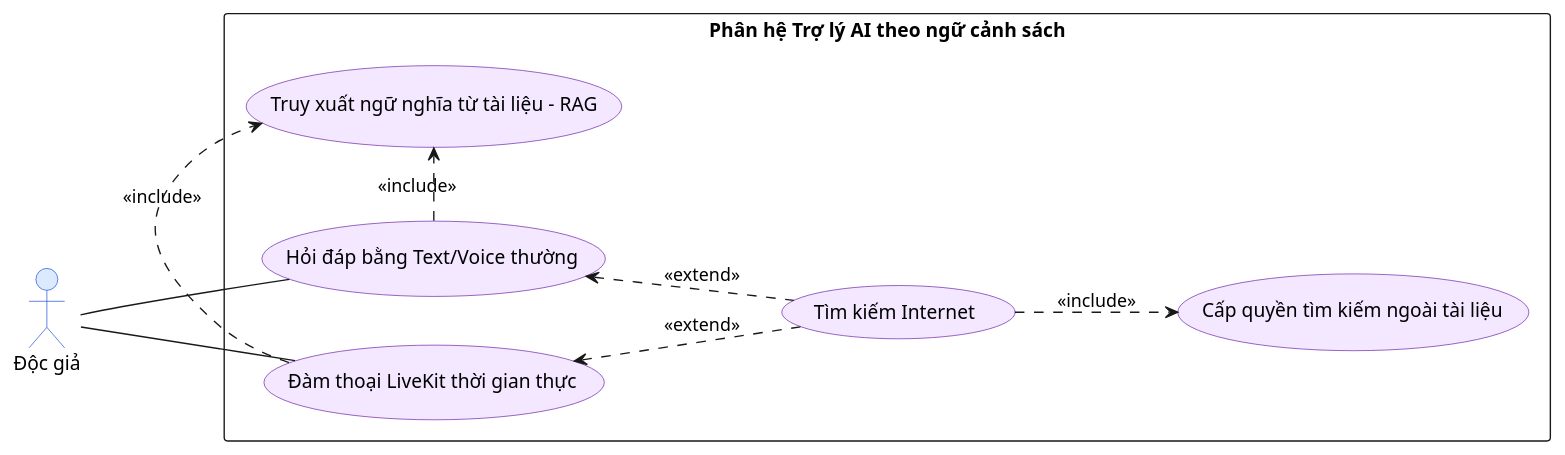
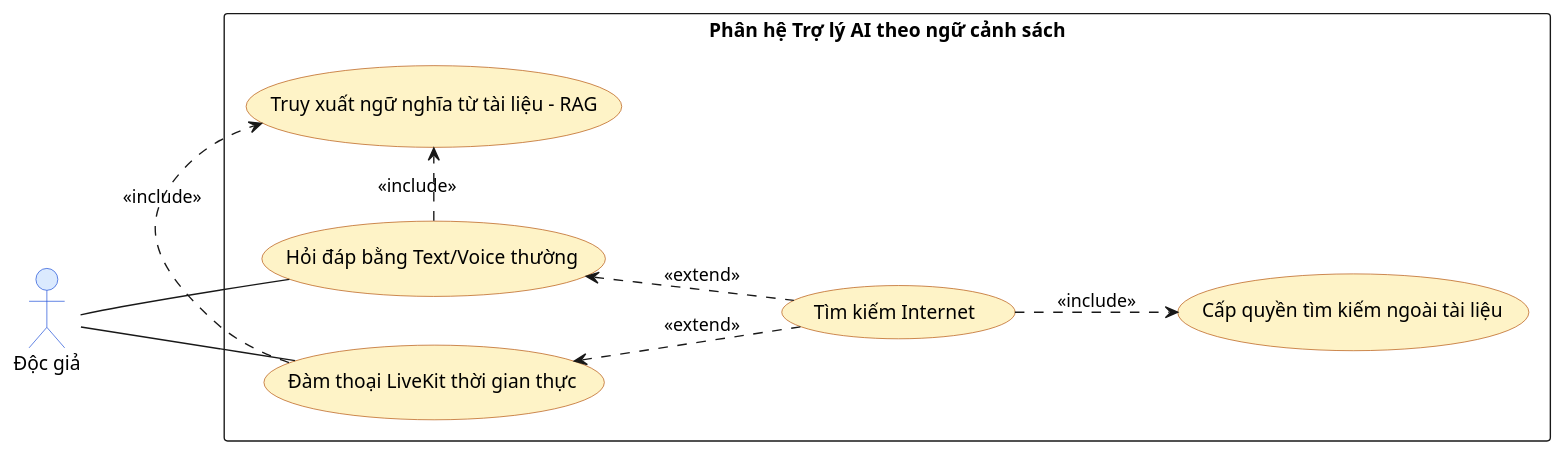
Before and after one commit to KhoaSinno/triam-backend: the diagram in _docs_capstone/_dia/UseCase/sub_UC/triam_usecase_ai_assistant.puml, drawn with PlantUML. The commit also changed 4 other files, not shown here.

```diff
--- a/_docs_capstone/_dia/UseCase/sub_UC/triam_usecase_ai_assistant.puml
+++ b/_docs_capstone/_dia/UseCase/sub_UC/triam_usecase_ai_assistant.puml
@@ -1,43 +1,43 @@
 @startuml triam_usecase_ai_assistant
 skinparam Shadowing false
 skinparam backgroundColor #FFFFFF
 skinparam defaultFontName Arial
 ' skinparam roundcorner 14
 ' skinparam linetype ortho
 
 skinparam actor {
   BackgroundColor #DBEAFE
   BorderColor #1D4ED8
 }
 skinparam usecase {
-  BackgroundColor #F3E8FF
-  BorderColor #6B21A8
+  BackgroundColor #FEF3C7
+  BorderColor #B45309
 }
 
 left to right direction
 
 actor "Độc giả" as Reader
 ' actor "Tavily API (Internet)" as Tavily
 
 rectangle "Phân hệ Trợ lý AI theo ngữ cảnh sách" {
   (Hỏi đáp bằng Text/Voice thường) as UC_QA
   (Đàm thoại LiveKit thời gian thực) as UC_LiveKit
   (Truy xuất ngữ nghĩa từ tài liệu - RAG) as UC_RAG
   (Tìm kiếm Internet) as UC_Web
   (Cấp quyền tìm kiếm ngoài tài liệu) as UC_Perm
 
   ' Hỏi đáp và Đàm thoại đều bắt buộc phải truy xuất ngữ nghĩa từ tài liệu (RAG)
   UC_QA .> UC_RAG : <<include>>
   UC_LiveKit .> UC_RAG : <<include>>
 
   ' Quan hệ mở rộng tìm kiếm ngoài
   UC_QA <.. UC_Web : <<extend>>
   UC_LiveKit <.. UC_Web : <<extend>>
 
   ' Tìm kiếm ngoài bắt buộc phải hỏi xin quyền từ người học
   UC_Web ..> UC_Perm : <<include>>
 }
 
 Reader -- UC_QA
 Reader -- UC_LiveKit
 @enduml
```
